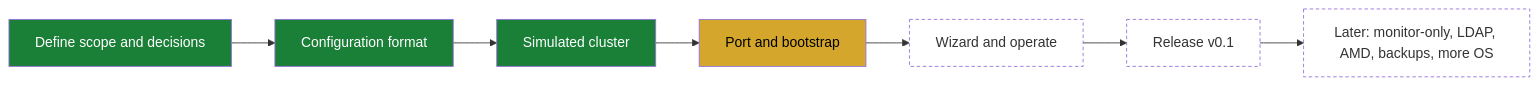
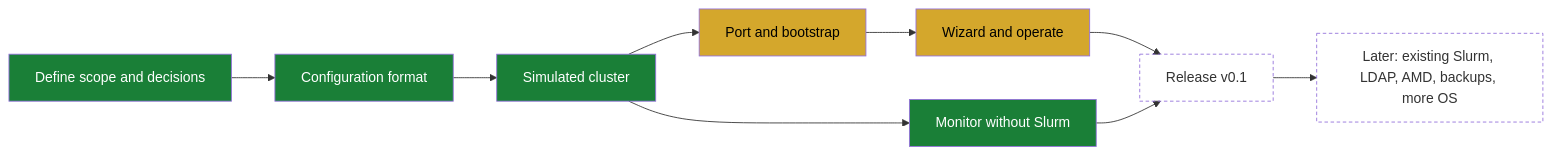
One commit to enajx/nanoHPC changed the first of 2 diagrams in PROJECT.md. Above: the diagram before and after it, drawn with Mermaid. The commit also changed other lines of this file, not shown here.

First line of the commit message:
Document monitor-only deployment on main

````diff
--- a/PROJECT.md
+++ b/PROJECT.md
@@ -34,13 +36,15 @@
 ```mermaid
 flowchart LR
   classDef done fill:#1a7f37,color:#fff
   classDef wip fill:#d4a72c,color:#000
   classDef queued fill:none,stroke-dasharray:4 3
 
   P1[Define scope and decisions]:::done --> P2[Configuration format]:::done
   P2 --> P3[Simulated cluster]:::done
   P3 --> P4[Port and bootstrap]:::wip
-  P4 --> P5[Wizard and operate]:::queued
+  P3 --> MON[Monitor without Slurm]:::done
+  P4 --> P5[Wizard and operate]:::wip
   P5 --> P6[Release v0.1]:::queued
-  P6 --> P7[Later: monitor-only, LDAP, AMD, backups, more OS]:::queued
+  MON --> P6
+  P6 --> P7[Later: existing Slurm, LDAP, AMD, backups, more OS]:::queued
 ```
````
